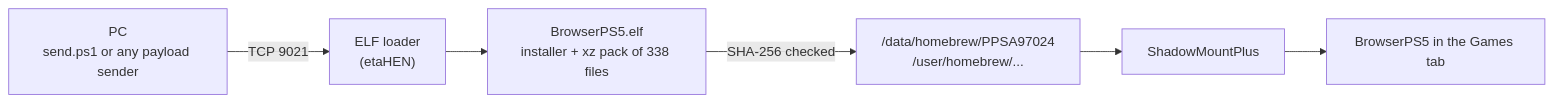
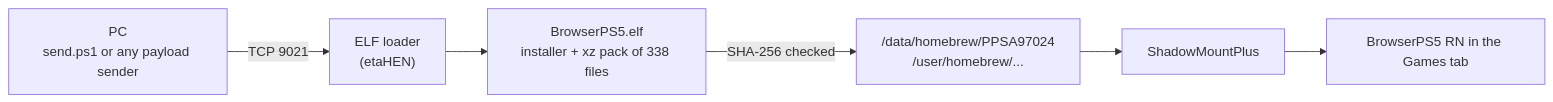
One commit to ramalhoboss/BrowserPS5 changed the fifth of 5 diagrams in README.md. Above: the diagram before and after it, drawn with Mermaid. The commit also changed other lines of this file and 52 other files, not shown here.

````diff
--- a/README.md
+++ b/README.md
@@ -232,8 +233,8 @@
 ```mermaid
 flowchart LR
     PC["PC<br/>send.ps1 or any payload sender"] -->|"TCP 9021"| LOADER["ELF loader<br/>(etaHEN)"]
     LOADER --> INST["BrowserPS5.elf<br/>installer + xz pack of 338 files"]
     INST -->|"SHA-256 checked"| FILES["/data/homebrew/PPSA97024<br/>/user/homebrew/..."]
     FILES --> SMP["ShadowMountPlus"]
-    SMP --> TILE["BrowserPS5 in the Games tab"]
+    SMP --> TILE["BrowserPS5 RN in the Games tab"]
 ```
````
